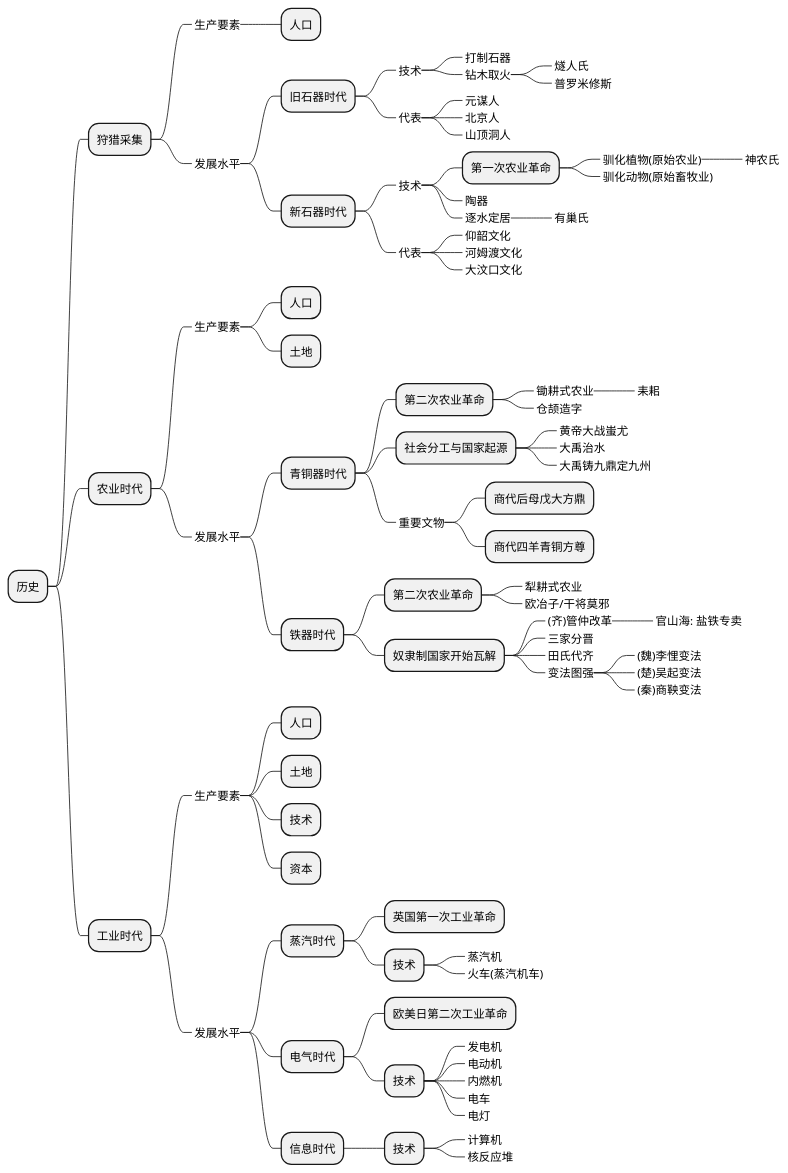
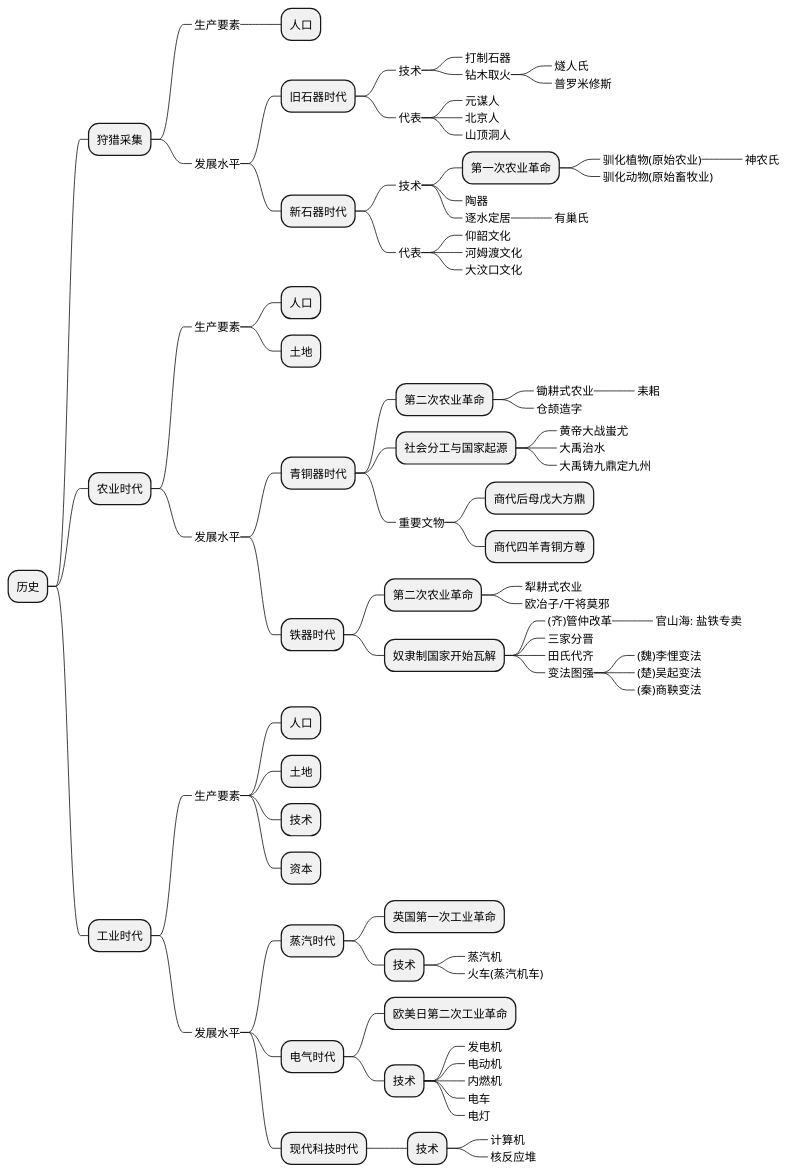
One commit to holmofy/blog.hufeifei.cn changed the diagram in source/_posts/economic/economic_and_history.md. Above: the diagram before and after it, drawn with PlantUML.

```diff
--- a/source/_posts/economic/economic_and_history.md
+++ b/source/_posts/economic/economic_and_history.md
@@ -93,7 +93,7 @@
 ++++++_ 内燃机
 ++++++_ 电车
 ++++++_ 电灯
-++++ 信息时代
+++++ 现代科技时代
 +++++ 技术
 ++++++_ 计算机
 ++++++_ 核反应堆
```
